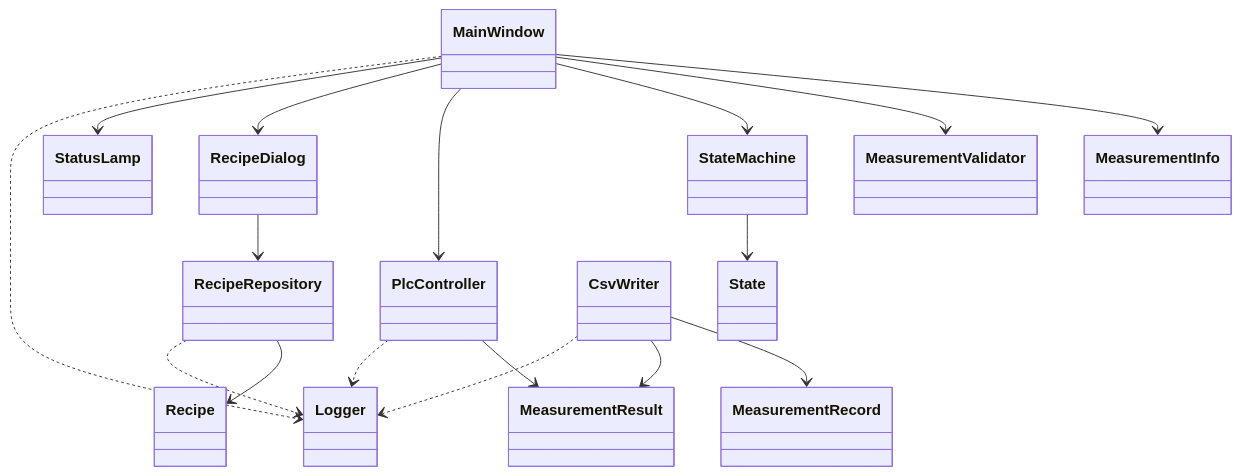
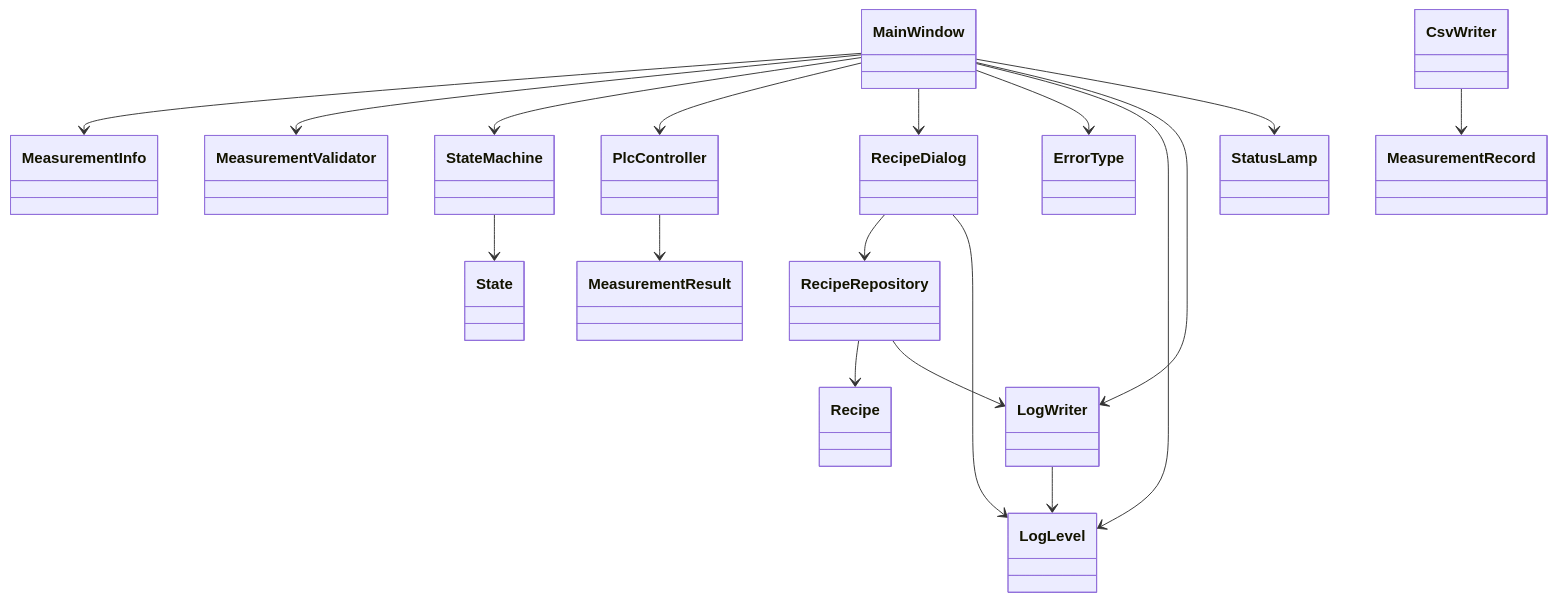
One commit to daiki-dev-jp/SIS_Semiconductor-Inspection-System changed the first of 2 diagrams in docs/class_design.md. Above: the diagram before and after it, drawn with Mermaid. The commit also changed other lines of this file and 14 other files, not shown here.

````diff
--- a/docs/class_design.md
+++ b/docs/class_design.md
@@ -41,40 +43,45 @@
 ```mermaid
 classDiagram
 
 class MainWindow
 class MeasurementInfo
 class MeasurementResult
 class MeasurementValidator
 class State
 class StateMachine
 class PlcController
 class RecipeDialog
 class RecipeRepository
 class Recipe
 class CsvWriter
+class ErrorType
 class MeasurementRecord
-class Logger
+class LogWriter
+class LogLevel
 class StatusLamp
 
 MainWindow --> MeasurementInfo
 MainWindow --> MeasurementValidator
 MainWindow --> StateMachine
 MainWindow --> PlcController
 MainWindow --> RecipeDialog
+MainWindow --> ErrorType
+MainWindow --> LogLevel
+MainWindow --> LogWriter
 MainWindow --> StatusLamp
 
 PlcController --> MeasurementResult
 
 CsvWriter --> MeasurementRecord
-CsvWriter --> MeasurementResult
 
 RecipeDialog --> RecipeRepository
+RecipeDialog --> LogLevel
+
 RecipeRepository --> Recipe
 
 StateMachine --> State
 
-MainWindow ..> Logger
-PlcController ..> Logger
-RecipeRepository ..> Logger
-CsvWriter ..> Logger
+RecipeRepository --> LogWriter
+
+LogWriter--> LogLevel
 ```
````
